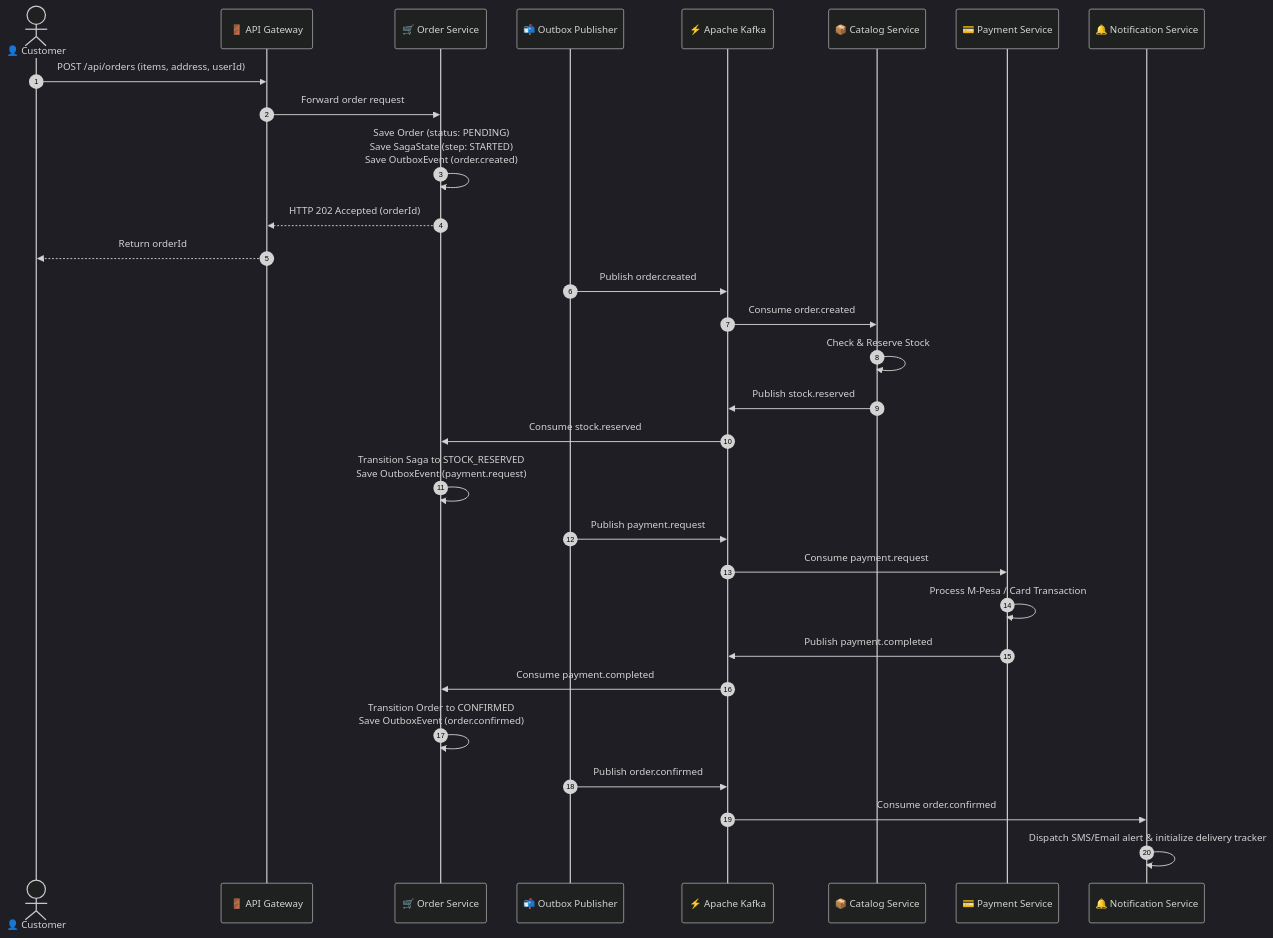
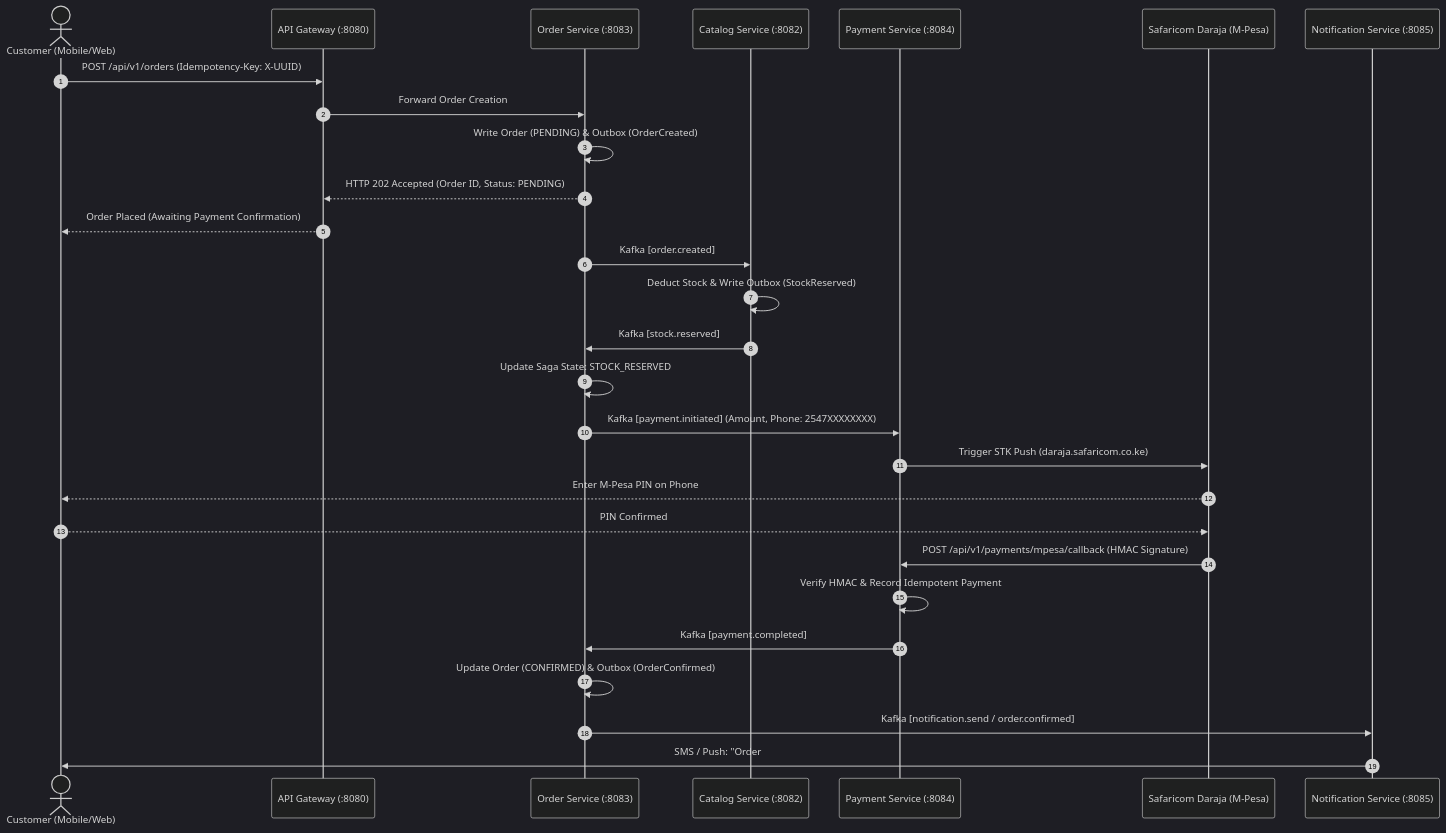
One commit to crnjihia/storefront-services changed the second of 4 diagrams in README.md. Above: the diagram before and after it, drawn with Mermaid (dark theme). The commit also changed other lines of this file and 11 other files, not shown here.

Commit message:
docs: add ADRs, architecture diagrams, OpenAPI 3.0 spec, and GitHub Pages interactive portal

````diff
--- a/README.md
+++ b/README.md
@@ -104,38 +147,34 @@
 ```mermaid
 sequenceDiagram
     autonumber
-    actor Customer as 👤 Customer
-    participant Gateway as 🚪 API Gateway
-    participant OrderSvc as 🛒 Order Service
-    participant Outbox as 📬 Outbox Publisher
-    participant Kafka as ⚡ Apache Kafka
-    participant CatalogSvc as 📦 Catalog Service
-    participant PaymentSvc as 💳 Payment Service
-    participant NotifSvc as 🔔 Notification Service
+    actor Customer as Customer (Mobile/Web)
+    participant Gateway as API Gateway (:8080)
+    participant Order as Order Service (:8083)
+    participant Catalog as Catalog Service (:8082)
+    participant Payment as Payment Service (:8084)
+    participant Mpesa as Safaricom Daraja (M-Pesa)
+    participant Notify as Notification Service (:8085)
 
-    Customer->>Gateway: POST /api/orders (items, address, userId)
-    Gateway->>OrderSvc: Forward order request
-    OrderSvc->>OrderSvc: Save Order (status: PENDING)<br/>Save SagaState (step: STARTED)<br/>Save OutboxEvent (order.created)
-    OrderSvc-->>Gateway: HTTP 202 Accepted (orderId)
-    Gateway-->>Customer: Return orderId
+    Customer->>Gateway: POST /api/v1/orders (Idempotency-Key: X-UUID)
+    Gateway->>Order: Forward Order Creation
+    Order->>Order: Write Order (PENDING) & Outbox (OrderCreated)
+    Order-->>Gateway: HTTP 202 Accepted (Order ID, Status: PENDING)
+    Gateway-->>Customer: Order Placed (Awaiting Payment Confirmation)
 
-    Outbox->>Kafka: Publish order.created
-    Kafka->>CatalogSvc: Consume order.created
-    CatalogSvc->>CatalogSvc: Check & Reserve Stock
-    CatalogSvc->>Kafka: Publish stock.reserved
+    Order->>Catalog: Kafka [order.created]
+    Catalog->>Catalog: Deduct Stock & Write Outbox (StockReserved)
+    Catalog->>Order: Kafka [stock.reserved]
 
-    Kafka->>OrderSvc: Consume stock.reserved
-    OrderSvc->>OrderSvc: Transition Saga to STOCK_RESERVED<br/>Save OutboxEvent (payment.request)
-    Outbox->>Kafka: Publish payment.request
+    Order->>Order: Update Saga State: STOCK_RESERVED
+    Order->>Payment: Kafka [payment.initiated] (Amount, Phone: 2547XXXXXXXX)
+    Payment->>Mpesa: Trigger STK Push (daraja.safaricom.co.ke)
+    Mpesa-->>Customer: Enter M-Pesa PIN on Phone
+    Customer-->>Mpesa: PIN Confirmed
+    Mpesa->>Payment: POST /api/v1/payments/mpesa/callback (HMAC Signature)
+    Payment->>Payment: Verify HMAC & Record Idempotent Payment
+    Payment->>Order: Kafka [payment.completed]
 
-    Kafka->>PaymentSvc: Consume payment.request
-    PaymentSvc->>PaymentSvc: Process M-Pesa / Card Transaction
-    PaymentSvc->>Kafka: Publish payment.completed
-
-    Kafka->>OrderSvc: Consume payment.completed
-    OrderSvc->>OrderSvc: Transition Order to CONFIRMED<br/>Save OutboxEvent (order.confirmed)
-    Outbox->>Kafka: Publish order.confirmed
-
-    Kafka->>NotifSvc: Consume order.confirmed
-    NotifSvc->>NotifSvc: Dispatch SMS/Email alert & initialize delivery tracker
+    Order->>Order: Update Order (CONFIRMED) & Outbox (OrderConfirmed)
+    Order->>Notify: Kafka [notification.send / order.confirmed]
+    Notify->>Customer: SMS / Push: "Order #XYZ confirmed! Receipt: QGH..."
 ```
````
